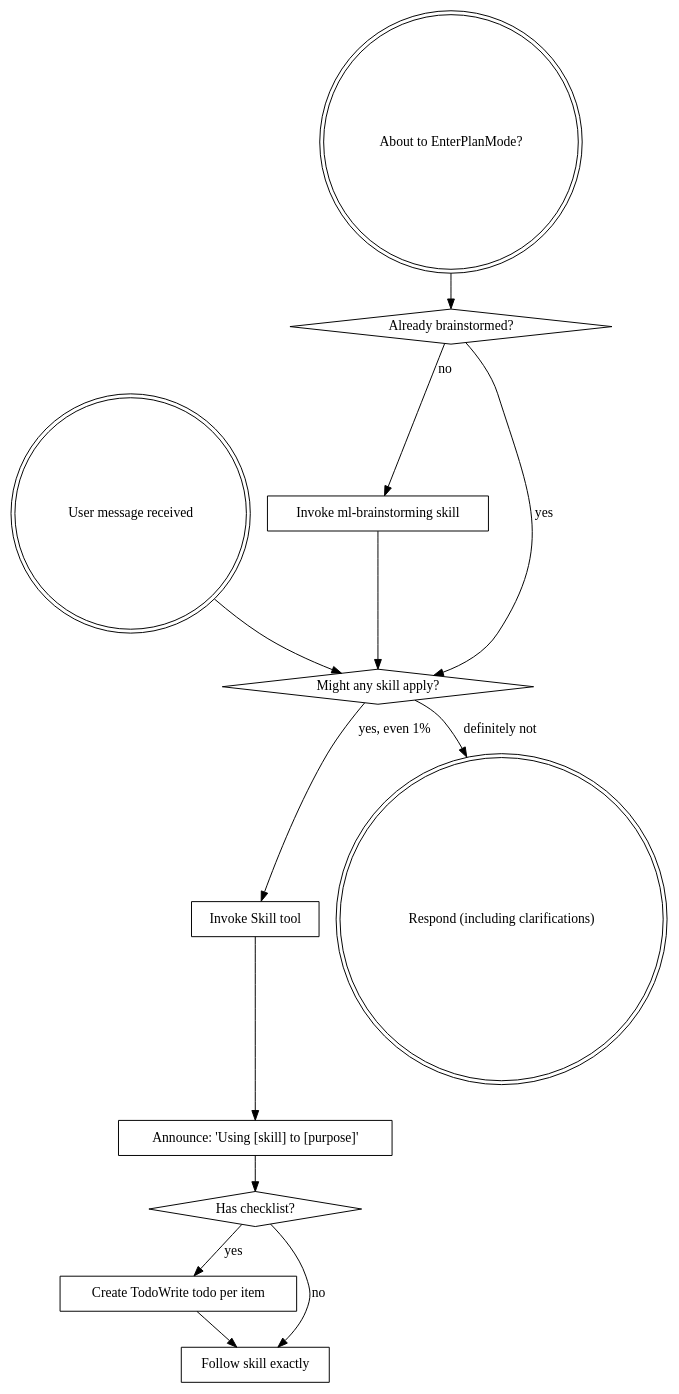
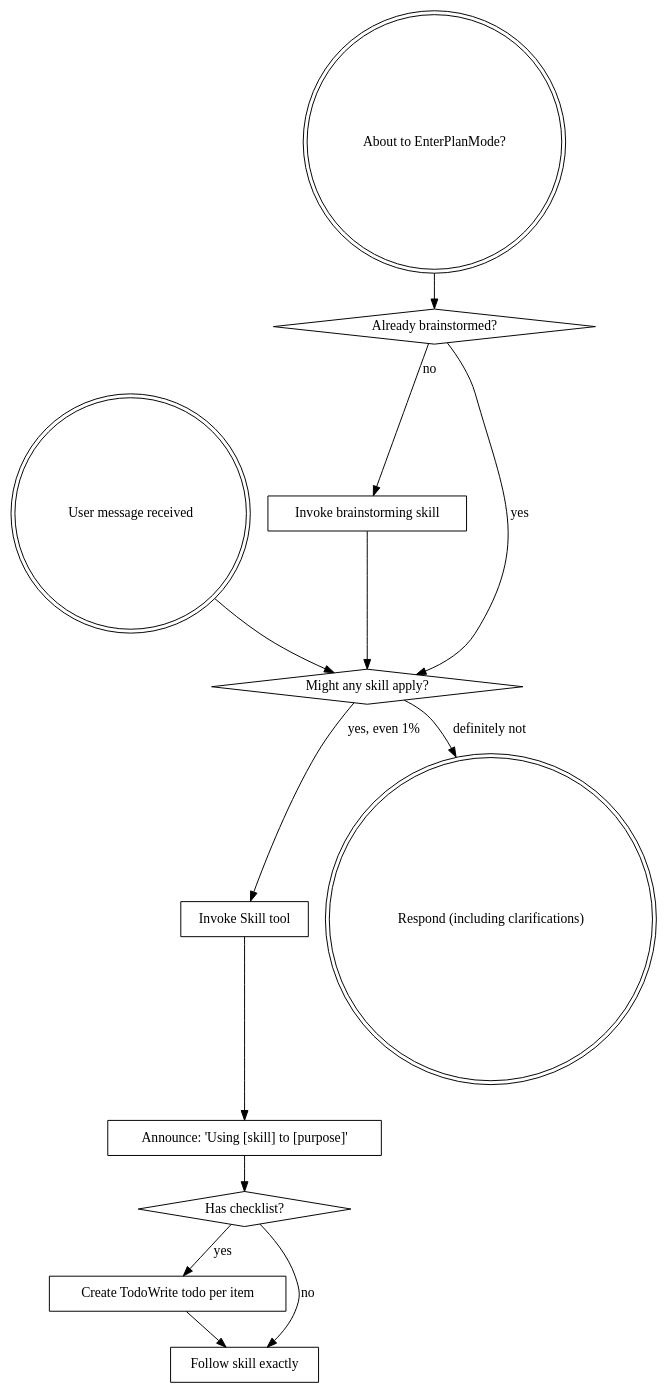
The diagram in skills/using-superpowers-ml/SKILL.md (qqhard/superpowers-ML), drawn with Graphviz before and after one commit. The commit also changed other lines of this file and 20 other files, not shown here.

````diff
--- a/skills/using-superpowers-ml/SKILL.md
+++ b/skills/using-superpowers-ml/SKILL.md
@@ -26,29 +26,29 @@
 ```dot
 digraph skill_flow {
     "User message received" [shape=doublecircle];
     "About to EnterPlanMode?" [shape=doublecircle];
     "Already brainstormed?" [shape=diamond];
-    "Invoke ml-brainstorming skill" [shape=box];
+    "Invoke brainstorming skill" [shape=box];
     "Might any skill apply?" [shape=diamond];
     "Invoke Skill tool" [shape=box];
     "Announce: 'Using [skill] to [purpose]'" [shape=box];
     "Has checklist?" [shape=diamond];
     "Create TodoWrite todo per item" [shape=box];
     "Follow skill exactly" [shape=box];
     "Respond (including clarifications)" [shape=doublecircle];
 
     "About to EnterPlanMode?" -> "Already brainstormed?";
-    "Already brainstormed?" -> "Invoke ml-brainstorming skill" [label="no"];
+    "Already brainstormed?" -> "Invoke brainstorming skill" [label="no"];
     "Already brainstormed?" -> "Might any skill apply?" [label="yes"];
-    "Invoke ml-brainstorming skill" -> "Might any skill apply?";
+    "Invoke brainstorming skill" -> "Might any skill apply?";
 
     "User message received" -> "Might any skill apply?";
     "Might any skill apply?" -> "Invoke Skill tool" [label="yes, even 1%"];
     "Might any skill apply?" -> "Respond (including clarifications)" [label="definitely not"];
     "Invoke Skill tool" -> "Announce: 'Using [skill] to [purpose]'";
     "Announce: 'Using [skill] to [purpose]'" -> "Has checklist?";
     "Has checklist?" -> "Create TodoWrite todo per item" [label="yes"];
     "Has checklist?" -> "Follow skill exactly" [label="no"];
     "Create TodoWrite todo per item" -> "Follow skill exactly";
 }
 ```
````
